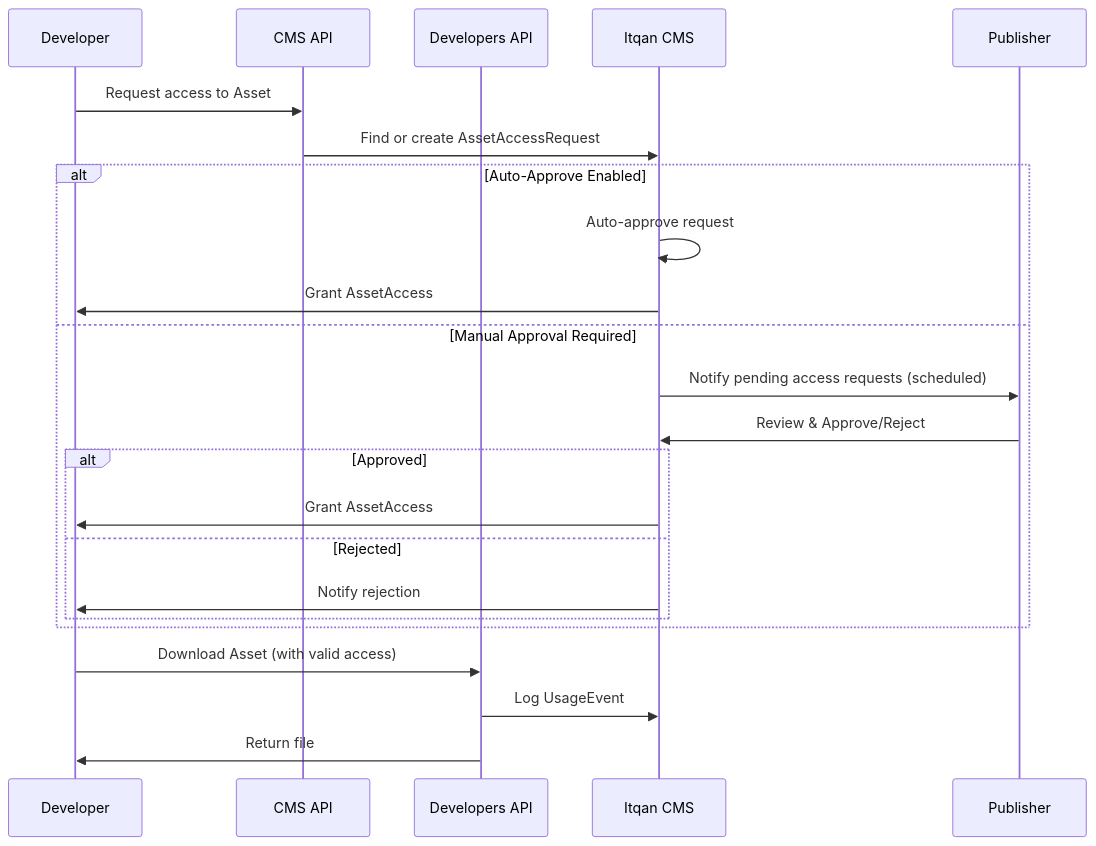
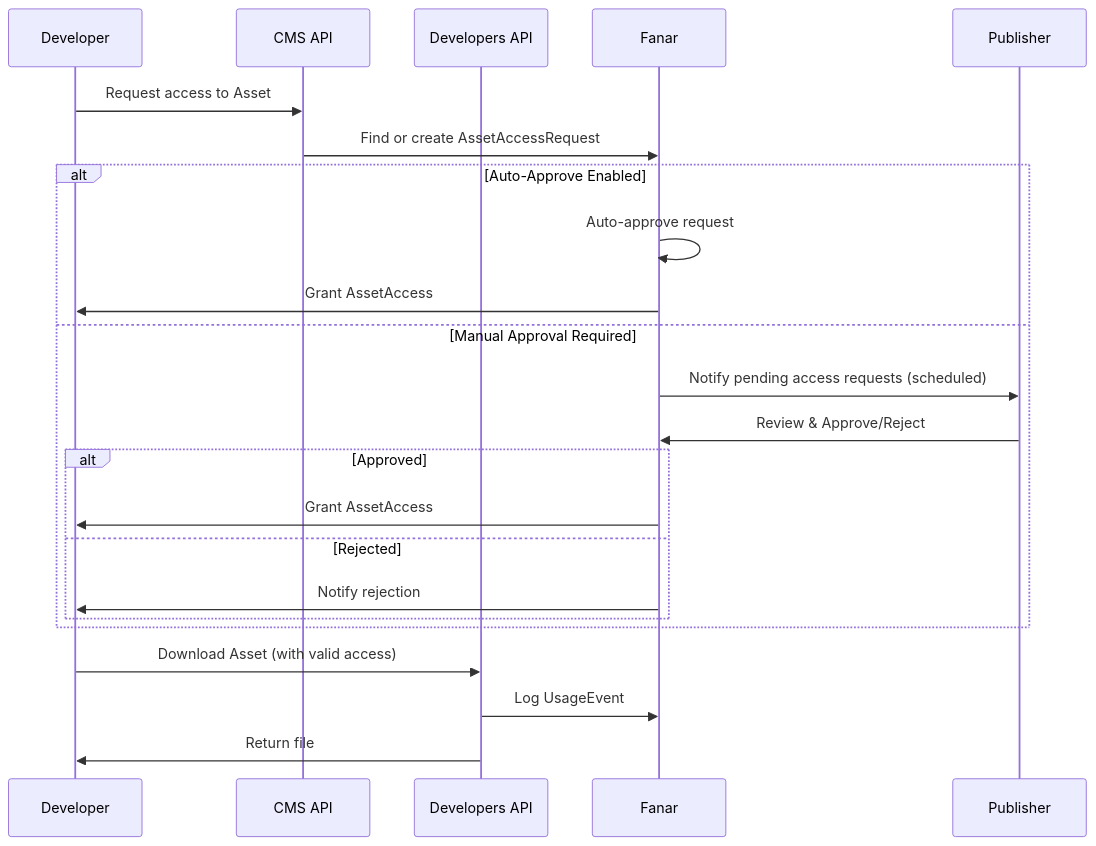
One commit to Itqan-community/cms-backend changed the fourth of 10 diagrams in docs/ARCHITECTURE.md. Above: the diagram before and after it, drawn with Mermaid. The commit also changed other lines of this file and 6 other files, not shown here.

Commit message:
docs(brand): rename product to Fanar in project docs and list fanar.itqan.dev

````diff
--- a/docs/ARCHITECTURE.md
+++ b/docs/ARCHITECTURE.md
@@ -651,28 +651,28 @@
 ```mermaid
 sequenceDiagram
     participant Dev as Developer
     participant CMS as CMS API
     participant API as Developers API
-    participant System as Itqan CMS
+    participant System as Fanar
     participant Pub as Publisher
 
     Dev->>CMS: Request access to Asset
     CMS->>System: Find or create AssetAccessRequest
 
     alt Auto-Approve Enabled
         System->>System: Auto-approve request
         System->>Dev: Grant AssetAccess
     else Manual Approval Required
         System->>Pub: Notify pending access requests (scheduled)
         Pub->>System: Review & Approve/Reject
         alt Approved
             System->>Dev: Grant AssetAccess
         else Rejected
             System->>Dev: Notify rejection
         end
     end
 
     Dev->>API: Download Asset (with valid access)
     API->>System: Log UsageEvent
     API->>Dev: Return file
 ```
````
